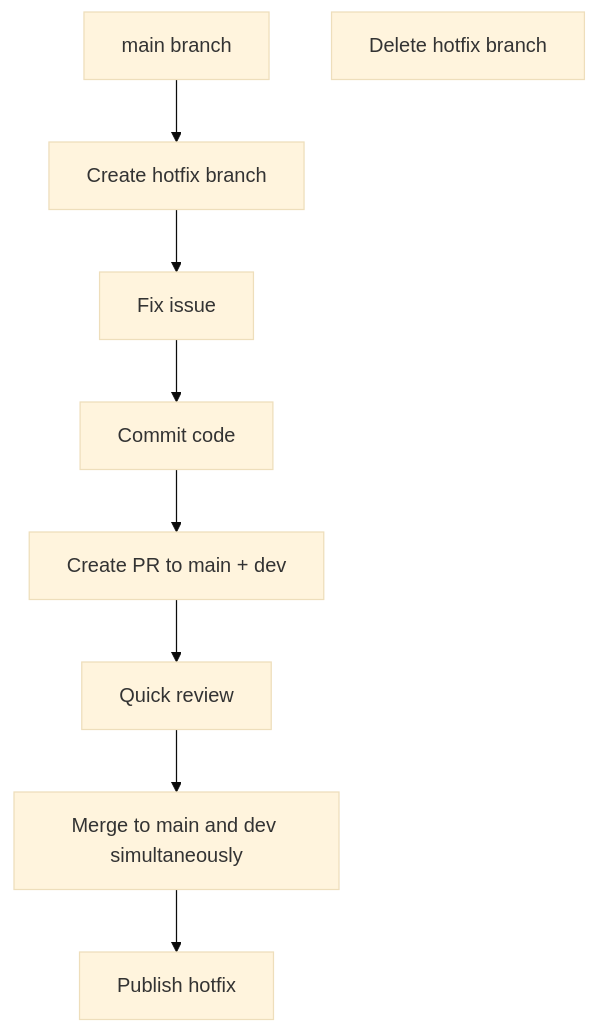
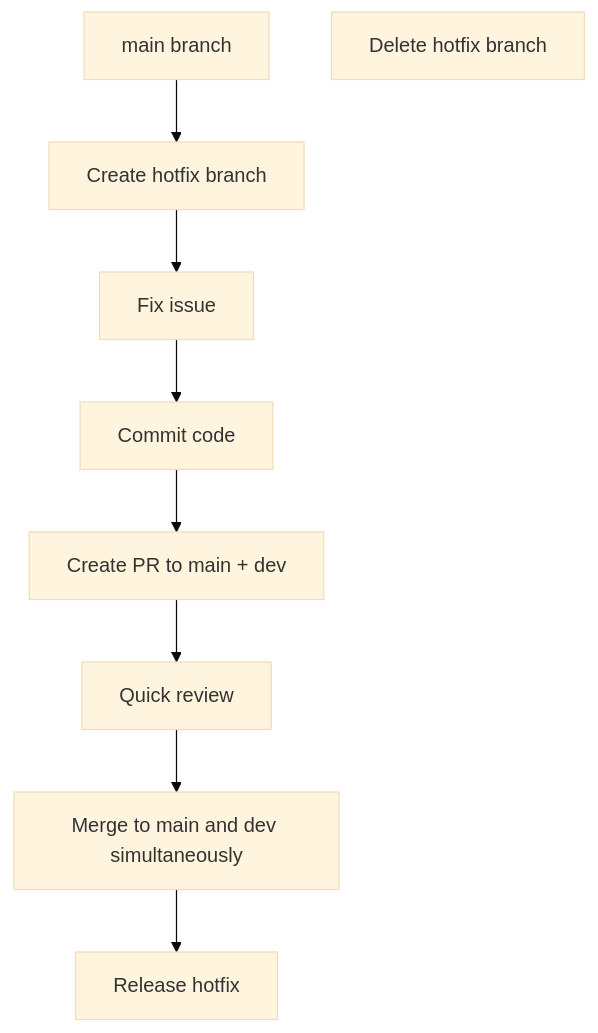
The second of 3 diagrams in docs/src/en/dev/branch-maintenance-guide.md (ChenXu233/YaoXiang), drawn with Mermaid (base theme) before and after one commit. The commit also changed other lines of this file and 358 other files, not shown here.

````diff
--- a/docs/src/en/dev/branch-maintenance-guide.md
+++ b/docs/src/en/dev/branch-maintenance-guide.md
@@ -167,11 +167,11 @@
 ```mermaid
 graph TD
     A[main branch] --> B[Create hotfix branch]
     B --> C[Fix issue]
     C --> D[Commit code]
     D --> E[Create PR to main + dev]
     E --> F[Quick review]
     F --> G[Merge to main and dev simultaneously]
-    G --> H[Publish hotfix]
+    G --> H[Release hotfix]
     I[Delete hotfix branch]
 ```
````
